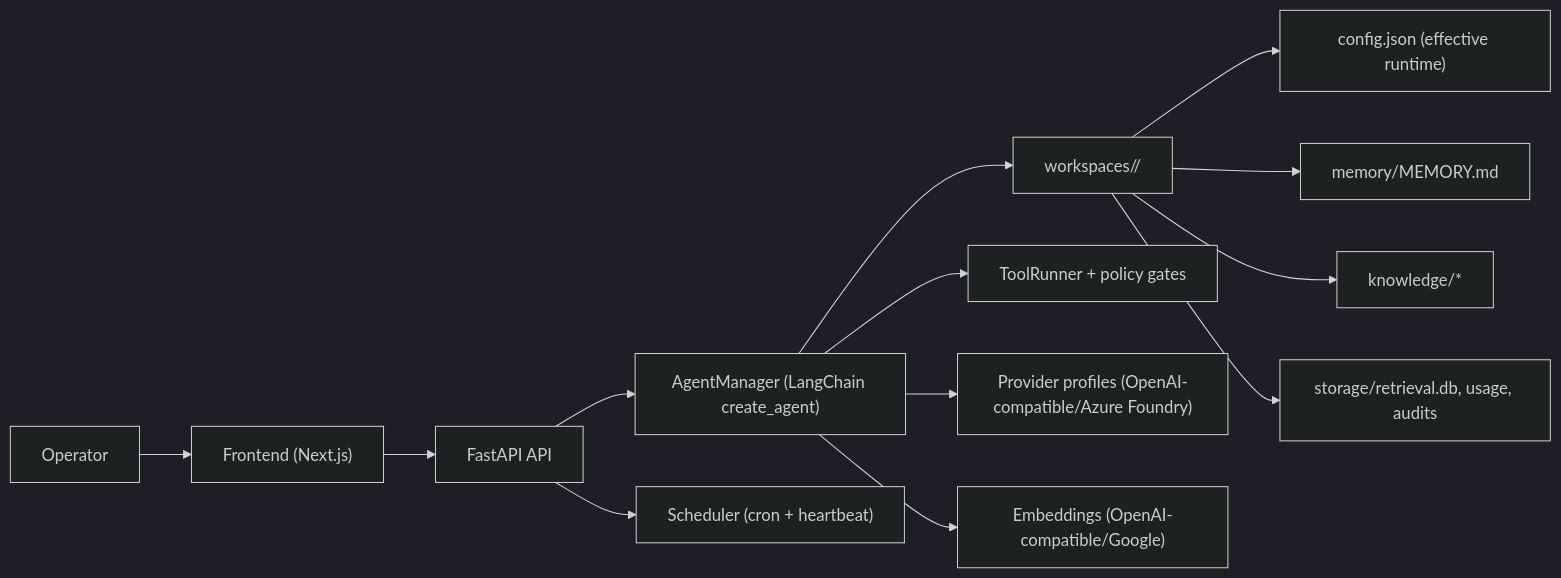
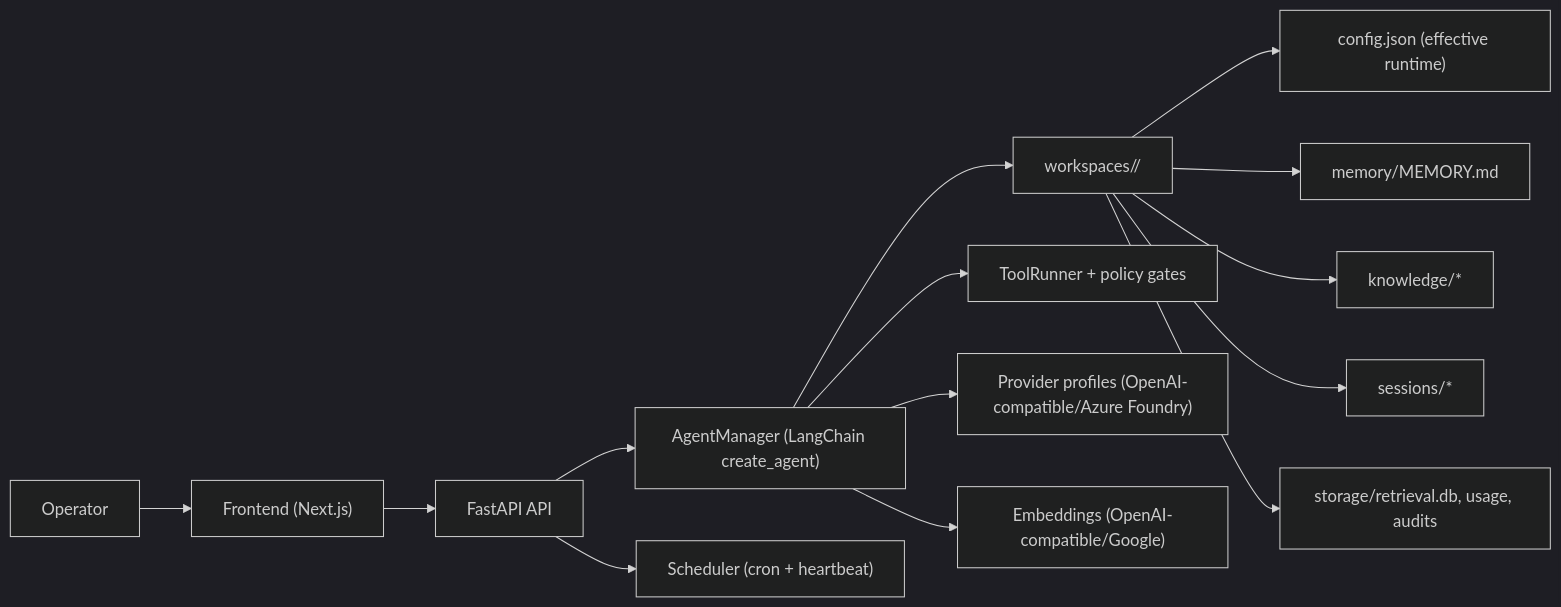
Before and after one commit to kaiqiangh/mini-openclaw-langchain: the diagram in README.md, drawn with Mermaid (dark theme). The commit also changed other lines of this file and 3 other files, not shown here.

````diff
--- a/README.md
+++ b/README.md
@@ -24,15 +24,16 @@
 ```mermaid
 flowchart LR
   U["Operator"] --> FE["Frontend (Next.js)"]
   FE --> API["FastAPI API"]
   API --> AM["AgentManager (LangChain create_agent)"]
   AM --> WS["workspaces/<agent_id>/"]
   WS --> CFG["config.json (effective runtime)"]
   WS --> MEM["memory/MEMORY.md"]
   WS --> KNOW["knowledge/*"]
+  WS --> SESS["sessions/*"]
   WS --> STORE["storage/retrieval.db, usage, audits"]
   API --> SCH["Scheduler (cron + heartbeat)"]
   AM --> TOOLS["ToolRunner + policy gates"]
   AM --> LLM["Provider profiles (OpenAI-compatible/Azure Foundry)"]
   AM --> EMB["Embeddings (OpenAI-compatible/Google)"]
 ```
````
